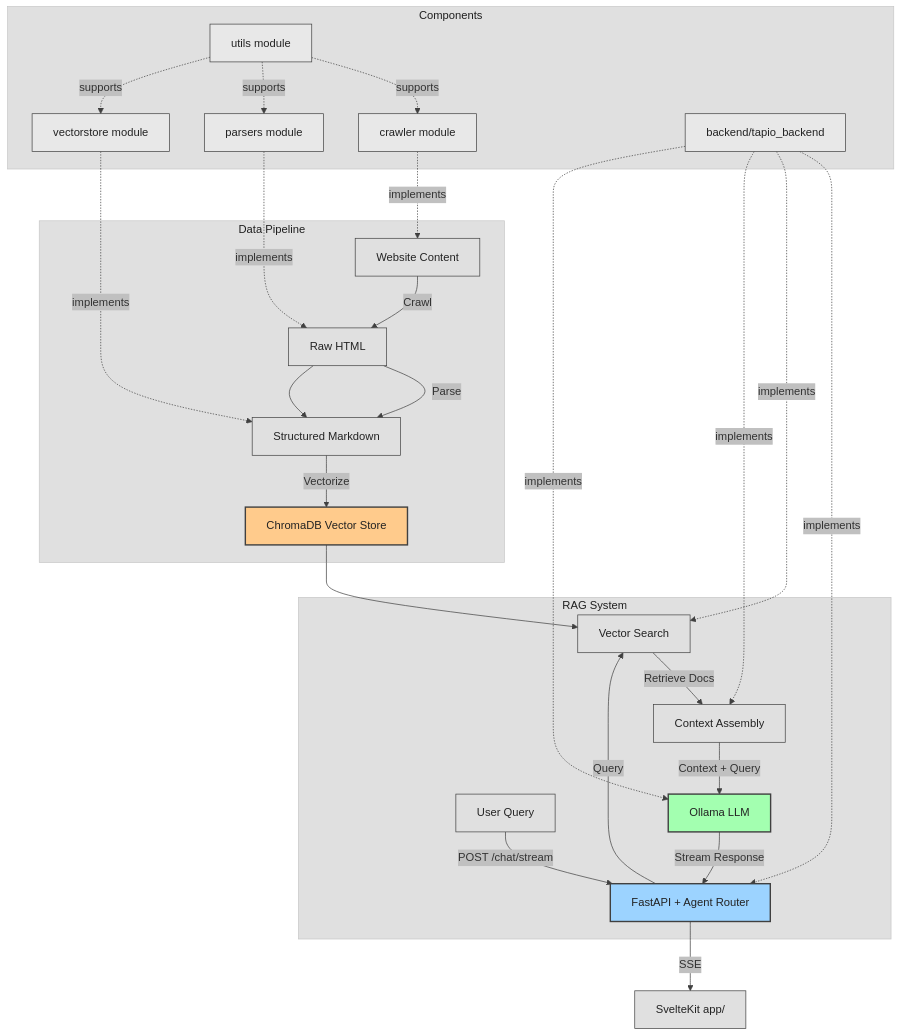
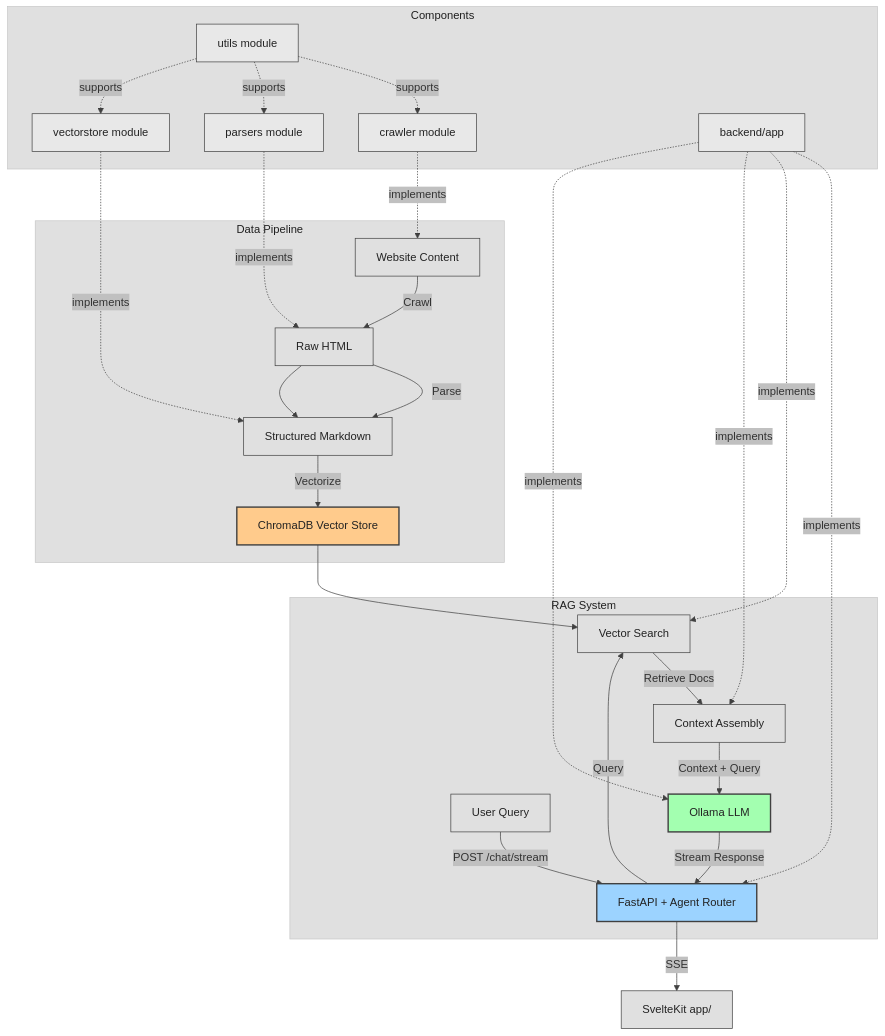
Before and after one commit to Finntegrate/tapio: the diagram in CONTRIBUTING.md, drawn with Mermaid. The commit also changed other lines of this file and 45 other files, not shown here.

First line of the commit message:
refactor: rename backend/tapio_backend/ to backend/app/

````diff
--- a/CONTRIBUTING.md
+++ b/CONTRIBUTING.md
@@ -47,39 +47,39 @@
 ```mermaid
 %%{init: {'theme': 'base', 'themeVariables': { 'primaryColor': '#f0f0f0', 'primaryTextColor': '#323232', 'primaryBorderColor': '#606060', 'lineColor': '#404040', 'secondaryColor': '#c0c0c0', 'tertiaryColor': '#e0e0e0' }}}%%
 graph TD
     subgraph Data Pipeline
         A[Website Content] -->|Crawl| B[Raw HTML]
         B -->|Parse| C[Structured Markdown]
         C -->|Vectorize| D[ChromaDB Vector Store]
     end
 
     subgraph RAG System
         E[User Query] -->|POST /chat/stream| F[FastAPI + Agent Router]
         F -->|Query| G[Vector Search]
         G -->|Retrieve Docs| H[Context Assembly]
         H -->|Context + Query| I[Ollama LLM]
         I -->|Stream Response| F
     end
 
     D --> G
     F -->|SSE| Svelte[SvelteKit app/]
 
     subgraph Components
         J[crawler module] -.->|implements| A
         K[parsers module] -.->|implements| B --> C
         L[vectorstore module] -.->|implements| C
         M[utils module] -.->|supports| J & K & L
-        N[backend/tapio_backend] -.->|implements| F & G & H & I
+        N[backend/app] -.->|implements| F & G & H & I
     end
 
     classDef neutral fill:#e0e0e0,stroke:#404040,stroke-width:1px,color:#232323
     classDef component fill:#e8e8e8,stroke:#404040,stroke-width:1px,color:#232323
     classDef vectorstore fill:#ffcb8c,stroke:#404040,stroke-width:2px,color:#232323
     classDef api fill:#9cd3ff,stroke:#404040,stroke-width:2px,color:#232323
     classDef ollama fill:#a3ffb0,stroke:#404040,stroke-width:2px,color:#232323
     class A,B,C,E,G,H,Svelte neutral
     class J,K,L,M,N component
     class D vectorstore
     class F api
     class I ollama
 ```
````
